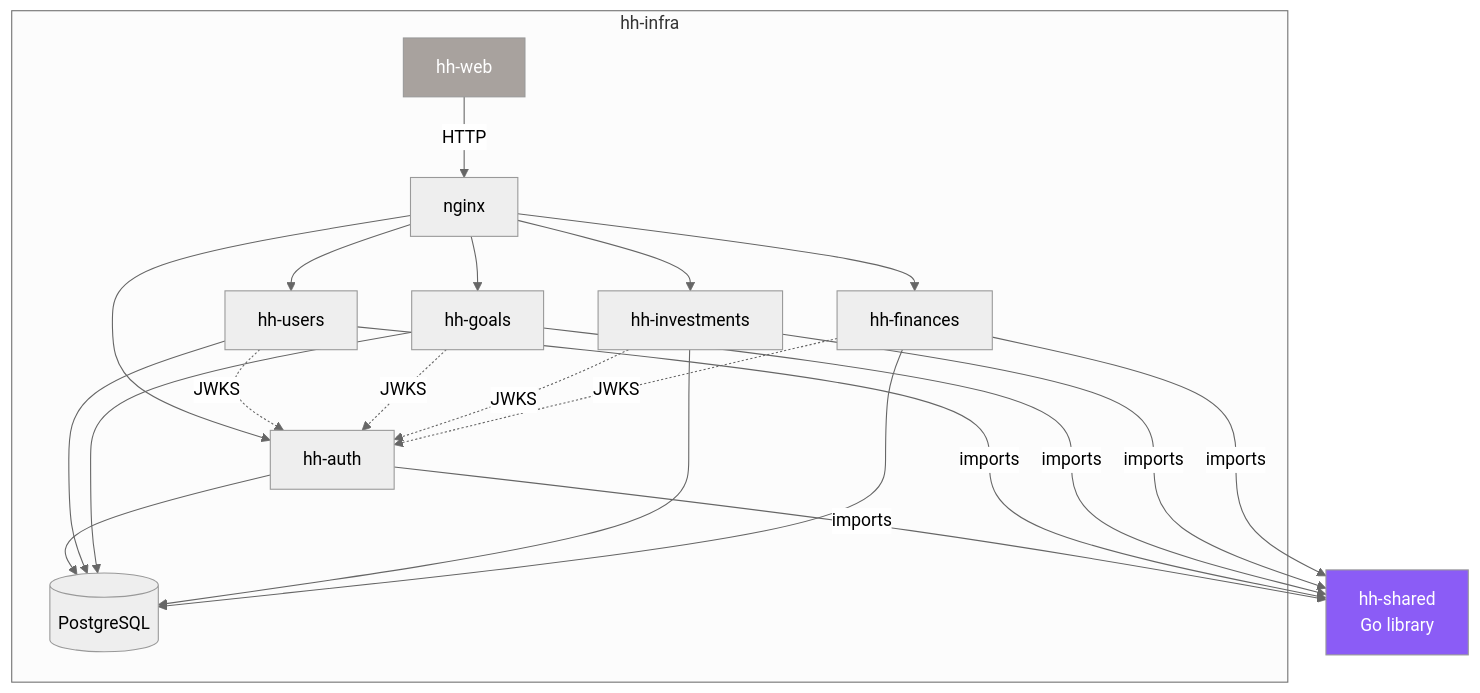
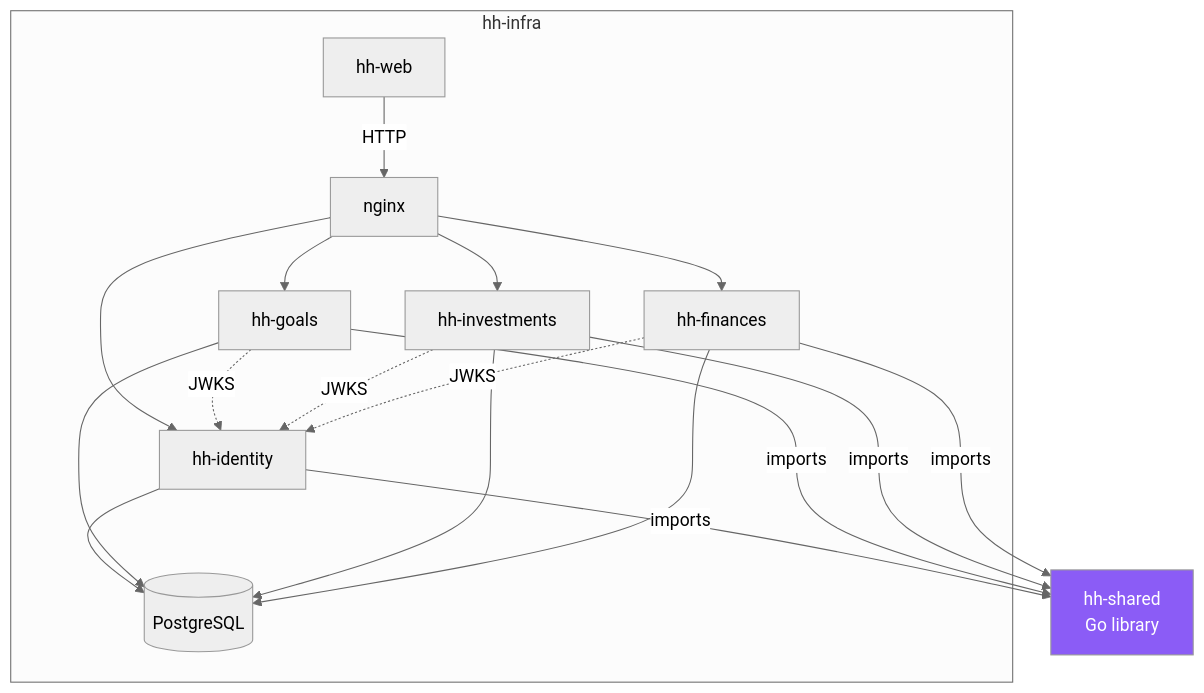
One commit to tiagorocha94/hh-docs changed the first of 3 diagrams in docs/architecture.md. Above: the diagram before and after it, drawn with Mermaid (neutral theme). The commit also changed other lines of this file, not shown here.

First line of the commit message:
docs: update architecture for hh-identity (replaces hh-auth + hh-users)

````diff
--- a/docs/architecture.md
+++ b/docs/architecture.md
@@ -27,33 +26,28 @@
 ```mermaid
 graph TD
     subgraph hh-infra
         N[nginx]
         PG[(PostgreSQL)]
         WEB[hh-web] -->|HTTP| N
-        N --> AUTH[hh-auth]
-        N --> USERS[hh-users]
+        N --> IDENTITY[hh-identity]
         N --> GOALS[hh-goals]
         N --> INV[hh-investments]
         N --> FIN[hh-finances]
-        AUTH --> PG
-        USERS --> PG
+        IDENTITY --> PG
         GOALS --> PG
         INV --> PG
         FIN --> PG
     end
 
     SHARED[hh-shared<br/>Go library]
-    AUTH -->|imports| SHARED
-    USERS -->|imports| SHARED
+    IDENTITY -->|imports| SHARED
     GOALS -->|imports| SHARED
     INV -->|imports| SHARED
     FIN -->|imports| SHARED
 
-    USERS -.->|JWKS| AUTH
-    GOALS -.->|JWKS| AUTH
-    INV -.->|JWKS| AUTH
-    FIN -.->|JWKS| AUTH
+    GOALS -.->|JWKS| IDENTITY
+    INV -.->|JWKS| IDENTITY
+    FIN -.->|JWKS| IDENTITY
 
-    style WEB fill:#a8a29e,color:#fff
     style SHARED fill:#8b5cf6,color:#fff
 ```
````
